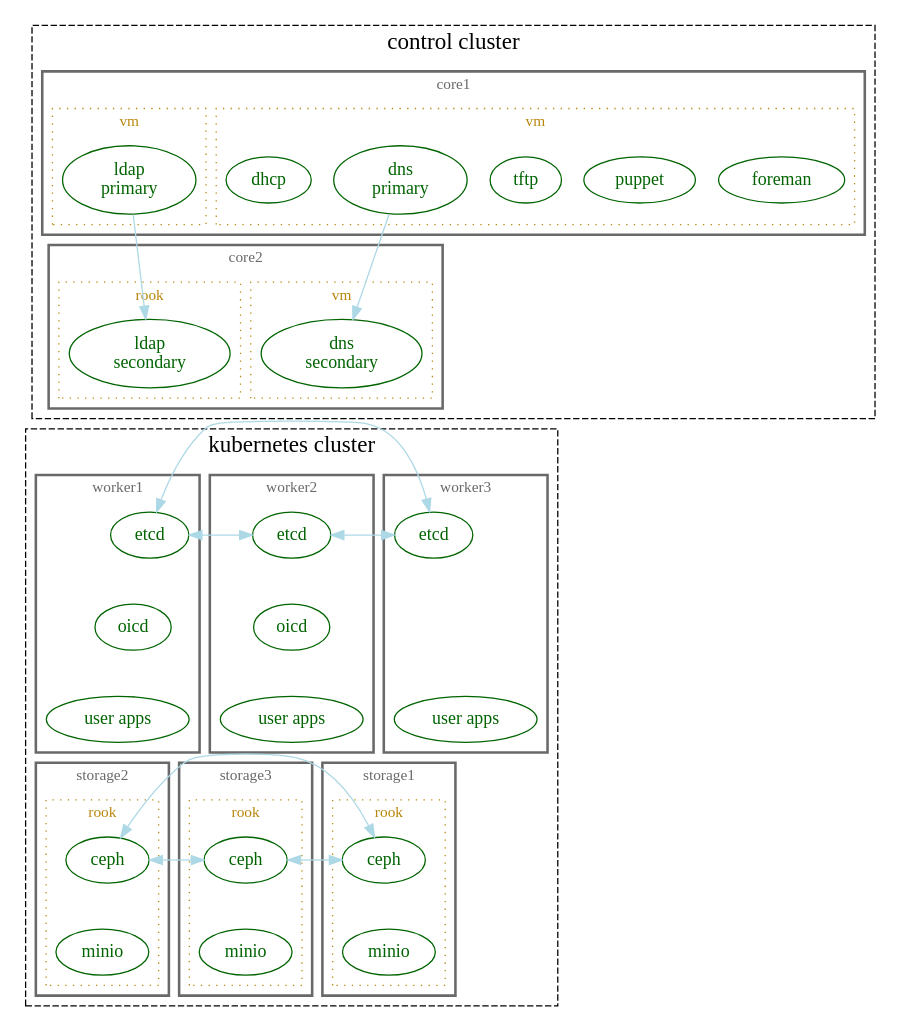
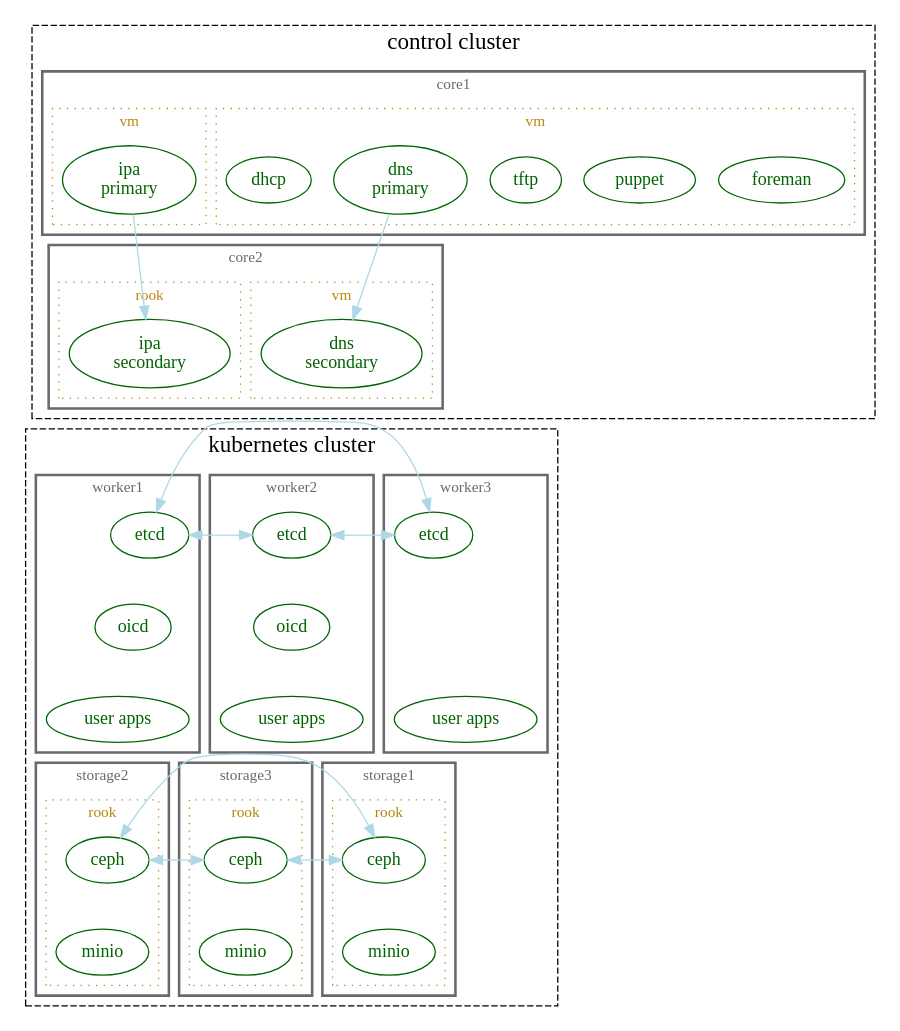
The diagram in _static/seed_cluster.dot (LSST-IT/ittn-002), drawn with Graphviz before and after one commit. The commit also changed 1 other file, not shown here.

Commit message:
rename ldap -> ipa

```diff
--- a/_static/seed_cluster.dot
+++ b/_static/seed_cluster.dot
@@ -15,8 +15,8 @@
     dns1 [label="dns\nprimary"]
     dns2 [label="dns\nsecondary"]
     dhcp1 [label="dhcp"]
-    ldap1 [label="ldap\nprimary"]
-    ldap2 [label="ldap\nsecondary"]
+    ipa1 [label="ipa\nprimary"]
+    ipa2 [label="ipa\nsecondary"]
     app1 [label="user apps"]
     app2 [label="user apps"]
     app3 [label="user apps"]
@@ -52,7 +52,7 @@
         tftp
         dns1
         dhcp1
-        ldap1
+        ipa1
       }
 
       subgraph cluster_17 {
@@ -76,7 +76,7 @@
         fontsize=12
         style=dotted
 
-        ldap1
+        ipa1
       }
     }
 
@@ -90,7 +90,7 @@
       {
         rank=same
         dns2
-        ldap2
+        ipa2
       }
 
       subgraph cluster_15 {
@@ -110,13 +110,13 @@
         fontsize=12
         style=dotted
 
-        ldap2
+        ipa2
       }
     }
 
     edge [color=lightblue]
     dns1 -> dns2
-    ldap1 -> ldap2
+    ipa1 -> ipa2
   }
 
   subgraph cluster_3 {
@@ -258,7 +258,7 @@
   // make graph look pretty... not real relationships
   {
     edge [constraint=true style=invis]
-    ldap2 -> etcd1
+    ipa2 -> etcd1
     etcd1 -> oidc1
     oidc1 -> app1
     app1 -> ceph1
@@ -274,10 +274,10 @@
     app1 -> ceph1
     ceph1 -> minio1
 
-    ldap1-> etcd1
-    ldap2-> etcd1
-    ldap1-> ceph1
-    ldap2-> ceph1
+    ipa1-> etcd1
+    ipa2-> etcd1
+    ipa1-> ceph1
+    ipa2-> ceph1
   }
 */
 }
```
